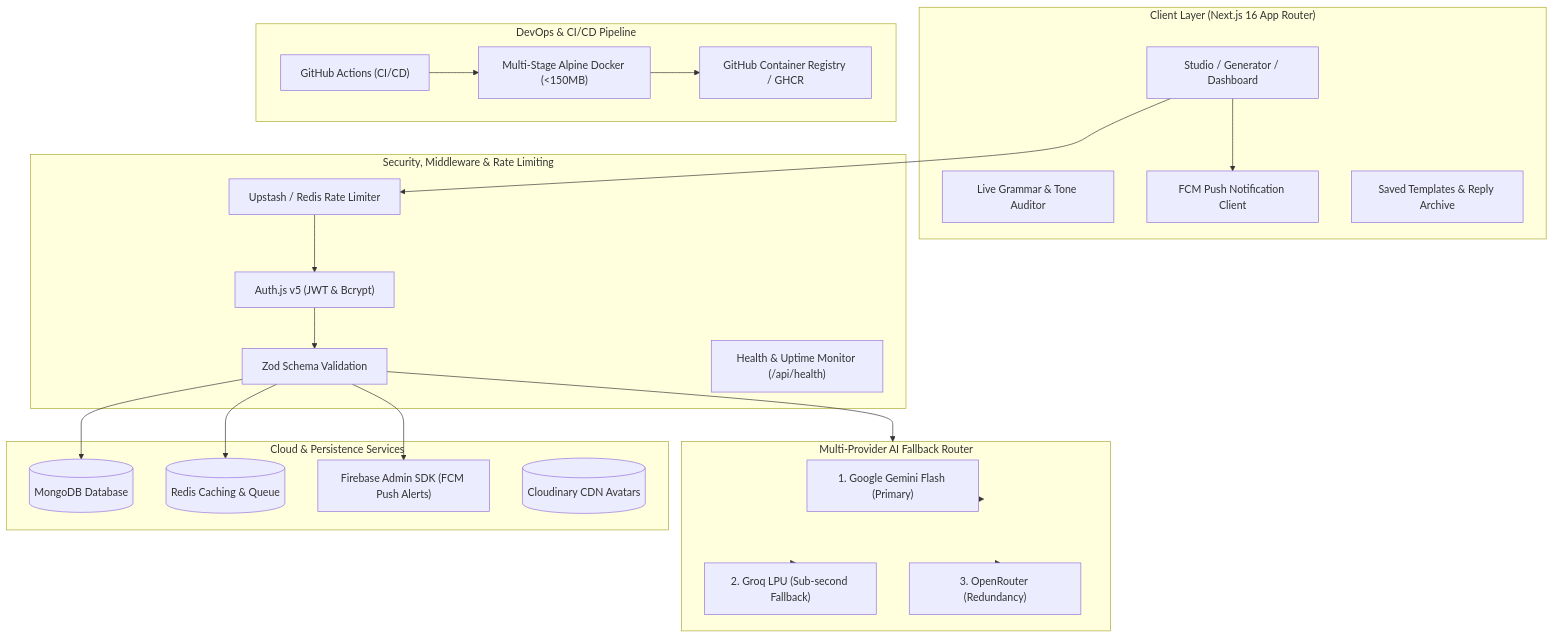
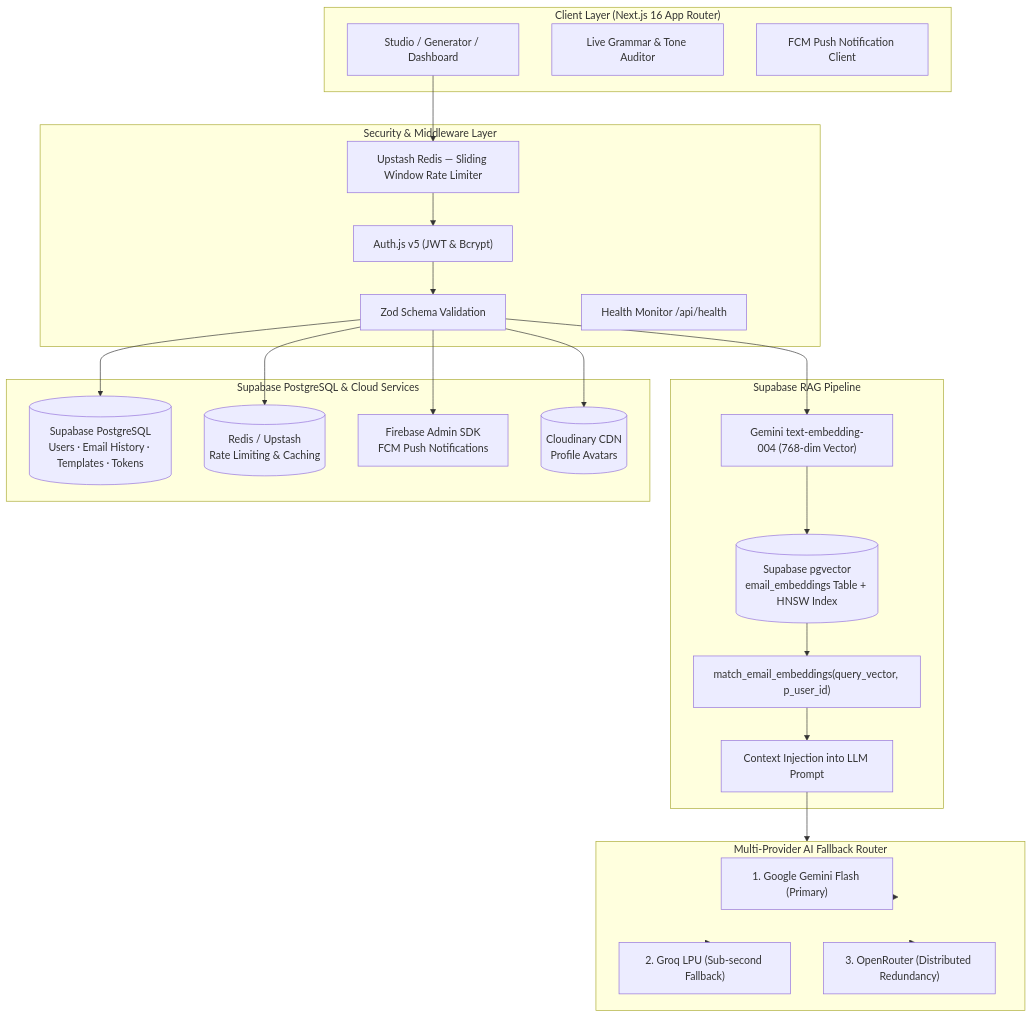
One commit to Aman5ingh19/MailGenius---AI-Email-Assistant changed the diagram in README.md. Above: the diagram before and after it, drawn with Mermaid. The commit also changed other lines of this file and 19 other files, not shown here.

Commit message:
feat: migrate to 100% Supabase PostgreSQL & pgvector RAG pipeline, update README

````diff
--- a/README.md
+++ b/README.md
@@ -40,46 +102,46 @@
 ```mermaid
 flowchart TD
     subgraph Client ["Client Layer (Next.js 16 App Router)"]
         UI["Studio / Generator / Dashboard"]
         Audit["Live Grammar & Tone Auditor"]
         FCM_UI["FCM Push Notification Client"]
-        Vault["Saved Templates & Reply Archive"]
     end
 
-    subgraph Security ["Security, Middleware & Rate Limiting"]
-        RL["Upstash / Redis Rate Limiter"]
+    subgraph Security ["Security & Middleware Layer"]
+        RL["Upstash Redis — Sliding Window Rate Limiter"]
         Auth["Auth.js v5 (JWT & Bcrypt)"]
         Val["Zod Schema Validation"]
-        Obs["Health & Uptime Monitor (/api/health)"]
+        Obs["Health Monitor /api/health"]
+    end
+
+    subgraph RAG_Engine ["Supabase RAG Pipeline"]
+        Embed["Gemini text-embedding-004 (768-dim Vector)"]
+        pgvector[("Supabase pgvector\nemail_embeddings Table + HNSW Index")]
+        RPC["match_email_embeddings(query_vector, p_user_id)"]
+        ContextInject["Context Injection into LLM Prompt"]
     end
 
     subgraph Router ["Multi-Provider AI Fallback Router"]
         Gemini["1. Google Gemini Flash (Primary)"]
         Groq["2. Groq LPU (Sub-second Fallback)"]
-        OpenRouter["3. OpenRouter (Redundancy)"]
+        OpenRouter["3. OpenRouter (Distributed Redundancy)"]
     end
 
-    subgraph CloudServices ["Cloud & Persistence Services"]
-        Mongo[("MongoDB Database")]
-        RedisServ[("Redis Caching & Queue")]
-        FirebaseAdmin["Firebase Admin SDK (FCM Push Alerts)"]
-        Cloudinary[("Cloudinary CDN Avatars")]
+    subgraph Storage ["Supabase PostgreSQL & Cloud Services"]
+        SupabaseDB[("Supabase PostgreSQL\nUsers · Email History · Templates · Tokens")]
+        RedisServ[("Redis / Upstash\nRate Limiting & Caching")]
+        FirebaseAdmin["Firebase Admin SDK\nFCM Push Notifications"]
+        Cloudinary[("Cloudinary CDN\nProfile Avatars")]
     end
 
-    subgraph DevOps ["DevOps & CI/CD Pipeline"]
-        GHA["GitHub Actions (CI/CD)"]
-        DockerImg["Multi-Stage Alpine Docker (<150MB)"]
-        GHCR["GitHub Container Registry / GHCR"]
-    end
-
-    UI --> FCM_UI
     UI --> RL --> Auth --> Val
-    Val --> Router
+    Val --> Embed --> pgvector --> RPC --> ContextInject
+    ContextInject --> Router
     Router --> Gemini
     Router -.-> Groq
     Router -.-> OpenRouter
-    Val --> Mongo
+    Val --> SupabaseDB
     Val --> RedisServ
     Val --> FirebaseAdmin
-    GHA --> DockerImg --> GHCR
+    Val --> Cloudinary
 ```
````
